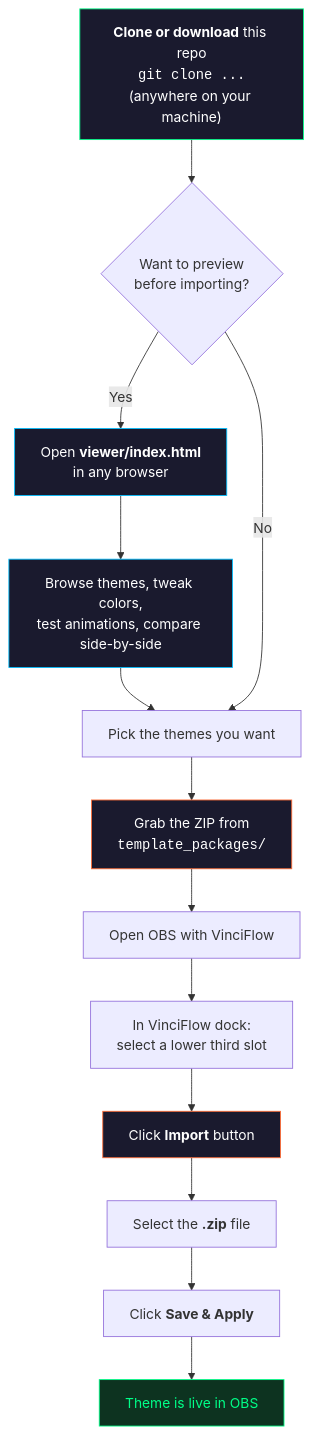
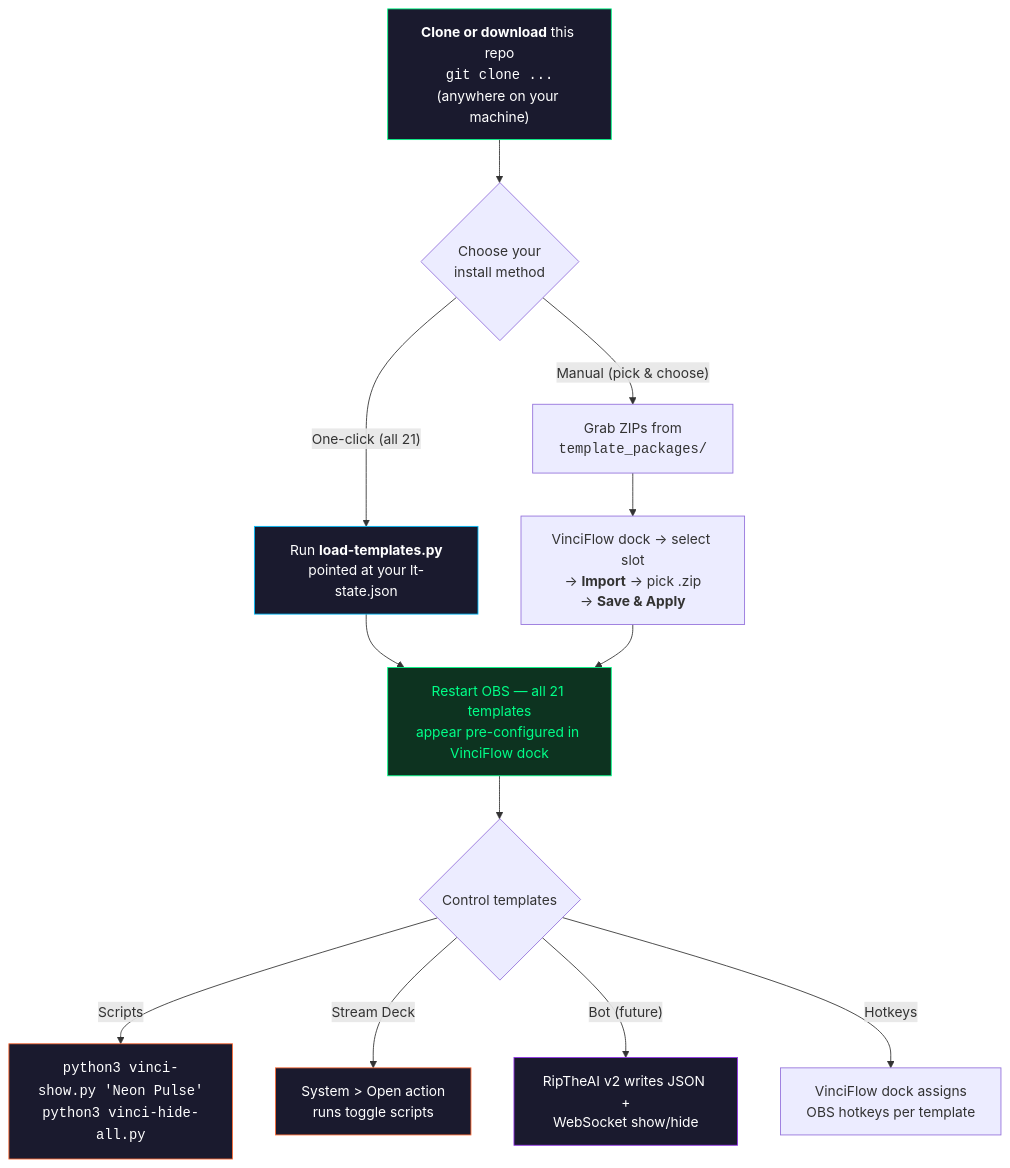
The diagram in README.md (NooRotic/noorotic-stream-themes), drawn with Mermaid before and after one commit. The commit also changed other lines of this file and 6 other files, not shown here.

First line of the commit message:
Add WebSocket control scripts and rewrite README

````diff
--- a/README.md
+++ b/README.md
@@ -9,22 +7,21 @@
 ```mermaid
 flowchart TD
-    A["<b>Clone or download</b> this repo<br/><code>git clone ...</code><br/>(anywhere on your machine)"] --> B{"Want to preview<br/>before importing?"}
-    B -- Yes --> C["Open <b>viewer/index.html</b><br/>in any browser"]
-    C --> D["Browse themes, tweak colors,<br/>test animations, compare side-by-side"]
-    D --> E["Pick the themes you want"]
-    B -- No --> E
-    E --> F["Grab the ZIP from<br/><code>template_packages/</code>"]
-    F --> G["Open OBS with VinciFlow"]
-    G --> H["In VinciFlow dock:<br/>select a lower third slot"]
-    H --> I["Click <b>Import</b> button"]
-    I --> J["Select the <b>.zip</b> file"]
-    J --> K["Click <b>Save & Apply</b>"]
-    K --> L["Theme is live in OBS"]
+    A["<b>Clone or download</b> this repo<br/><code>git clone ...</code><br/>(anywhere on your machine)"] --> B{"Choose your<br/>install method"}
+    B -- "One-click (all 21)" --> C["Run <b>load-templates.py</b><br/>pointed at your lt-state.json"]
+    C --> D["Restart OBS — all 21 templates<br/>appear pre-configured in VinciFlow dock"]
+    B -- "Manual (pick & choose)" --> E["Grab ZIPs from<br/><code>template_packages/</code>"]
+    E --> F["VinciFlow dock → select slot<br/>→ <b>Import</b> → pick .zip<br/>→ <b>Save & Apply</b>"]
+    F --> D
+    D --> G{"Control templates"}
+    G -- "Scripts" --> H["<code>python3 vinci-show.py 'Neon Pulse'</code><br/><code>python3 vinci-hide-all.py</code>"]
+    G -- "Stream Deck" --> I["System > Open action<br/>runs toggle scripts"]
+    G -- "Bot (future)" --> J["RipTheAI v2 writes JSON +<br/>WebSocket show/hide"]
+    G -- "Hotkeys" --> K["VinciFlow dock assigns<br/>OBS hotkeys per template"]
 
     style A fill:#1a1a2e,stroke:#00ff88,color:#fff
     style C fill:#1a1a2e,stroke:#00bfff,color:#fff
-    style D fill:#1a1a2e,stroke:#00bfff,color:#fff
-    style F fill:#1a1a2e,stroke:#ff6b35,color:#fff
+    style D fill:#0d3320,stroke:#00ff88,color:#00ff88
+    style H fill:#1a1a2e,stroke:#ff6b35,color:#fff
     style I fill:#1a1a2e,stroke:#ff6b35,color:#fff
-    style L fill:#0d3320,stroke:#00ff88,color:#00ff88
+    style J fill:#1a1a2e,stroke:#9333ea,color:#fff
 ```
````
